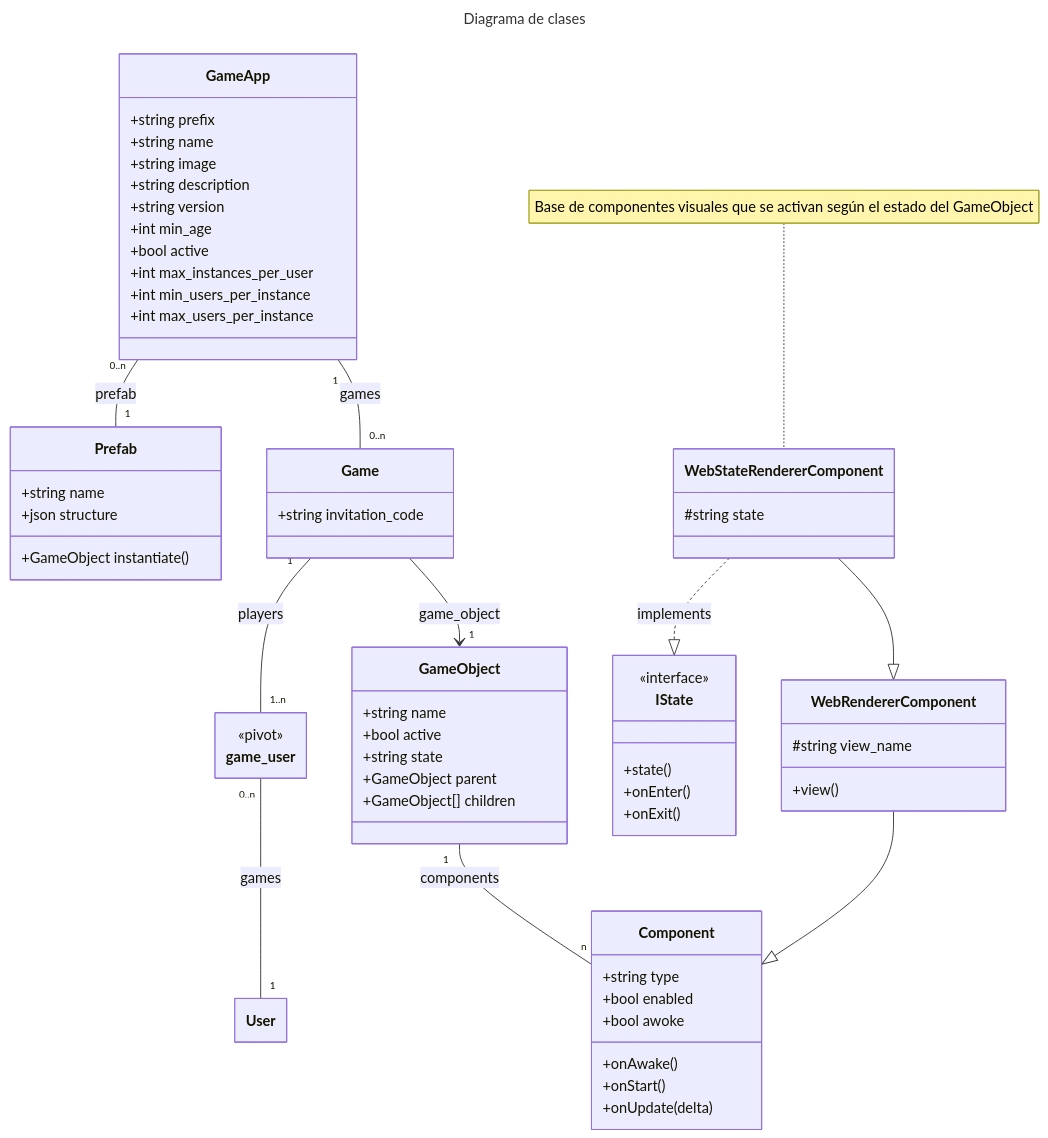
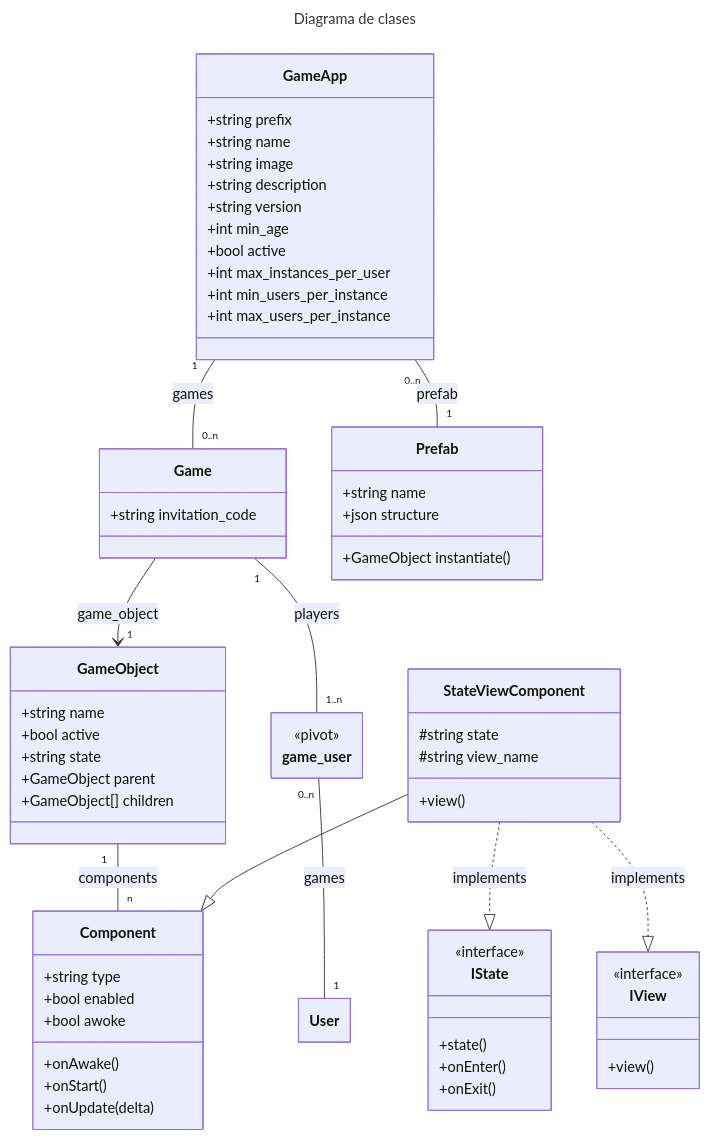
One commit to eormeno/base-project changed the first of 2 diagrams in docs/class_diagrams.md. Above: the diagram before and after it, drawn with Mermaid. The commit also changed 15 other files, not shown here.

````diff
--- a/docs/class_diagrams.md
+++ b/docs/class_diagrams.md
@@ -1,73 +1,74 @@
 ```mermaid
 ---
 title: Diagrama de clases
 config:
     class:
         hideEmptyMembersBox: true
 ---
 classDiagram
     direction TD
-    note for WebStateRendererComponent "Base de componentes visuales que se activan según el estado del GameObject"
     class User {
     }
     class GameApp {
         +string prefix
         +string name
         +string image
         +string description
         +string version
         +int min_age
         +bool active
         +int max_instances_per_user
         +int min_users_per_instance
         +int max_users_per_instance
     }
     class Game {
         +string invitation_code
     }
     class game_user {
         <<pivot>>
     }
     class Prefab {
         +string name
         +json structure
         +GameObject instantiate()
     }
     class GameObject {
         +string name
         +bool active
         +string state
         +GameObject parent
         +GameObject[] children
     }
     class Component {
         +string type
         +bool enabled
         +bool awoke
         +onAwake()
         +onStart()
         +onUpdate(delta)
     }
-    class WebRendererComponent {
+    class StateViewComponent {
+        #string state
         #string view_name
         +view()
-    }
-    class WebStateRendererComponent {
-        #string state
     }
     class IState {
         <<interface>>
         +state()
         +onEnter()
         +onExit()
     }
+    class IView {
+        <<interface>>
+        +view()
+    }
     Game --> "1" GameObject : game_object
     GameObject "1" -- "n" Component : components
     GameApp "1" -- "0..n" Game : games
     Game "1" -- "1..n" game_user : players
     GameApp "0..n" -- "1" Prefab : prefab
     game_user "0..n" -- "1" User : games
-    WebRendererComponent --|> Component
-    WebStateRendererComponent --|> WebRendererComponent
-    WebStateRendererComponent ..|> IState : implements
+    StateViewComponent --|> Component
+    StateViewComponent ..|> IState : implements
+    StateViewComponent ..|> IView : implements
 ```
````
